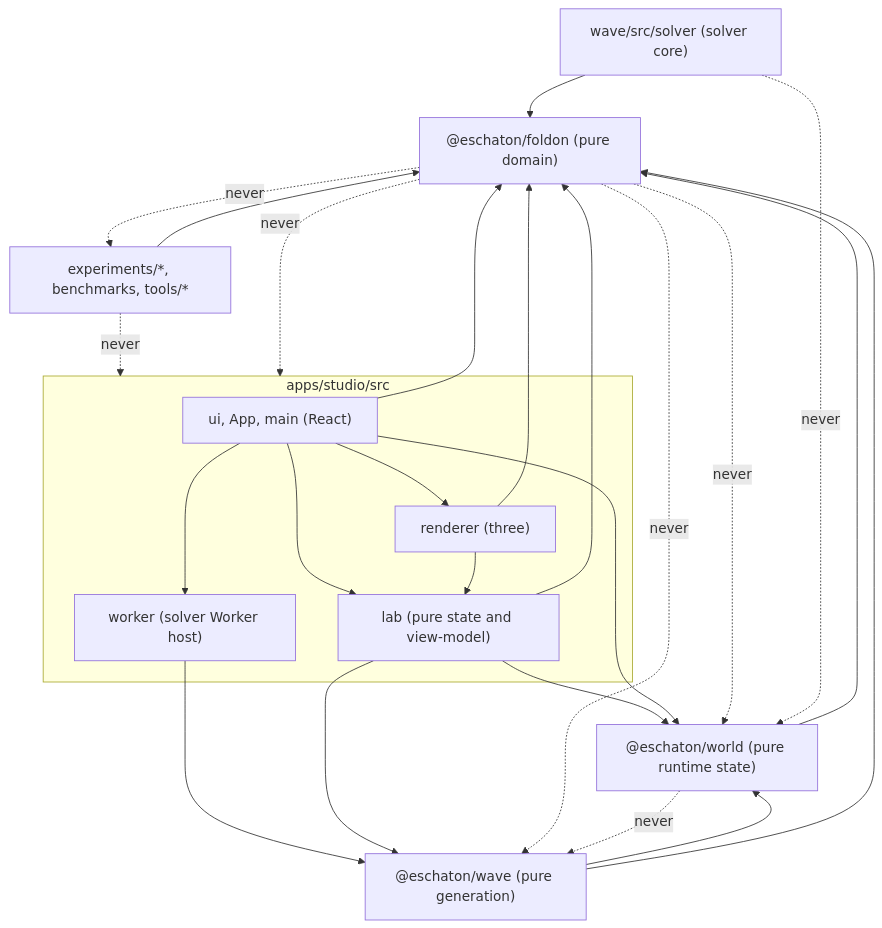
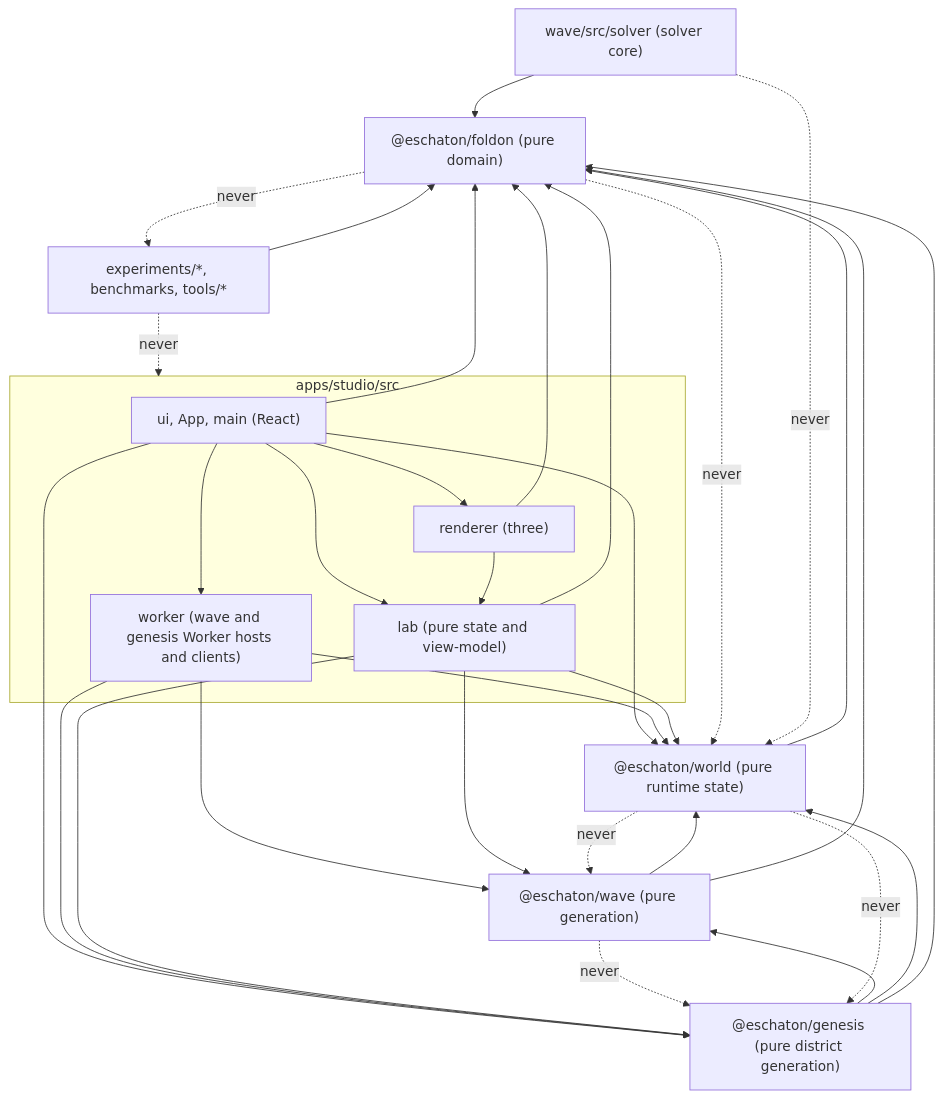
One commit to cuongtranba/eschaton changed the first of 4 diagrams in docs/architecture/overview.md. Above: the diagram before and after it, drawn with Mermaid. The commit also changed other lines of this file and 3 other files, not shown here.

First line of the commit message:
Docs: synchronise the architecture overview with the merged Genesis implementation

````diff
--- a/docs/architecture/overview.md
+++ b/docs/architecture/overview.md
@@ -37,37 +38,45 @@
 ```mermaid
 flowchart TD
   F["@eschaton/foldon (pure domain)"]
   W["@eschaton/world (pure runtime state)"]
   V["@eschaton/wave (pure generation)"]
   SOL["wave/src/solver (solver core)"]
+  G["@eschaton/genesis (pure district generation)"]
   subgraph STUDIO["apps/studio/src"]
     UI["ui, App, main (React)"]
     R["renderer (three)"]
     L["lab (pure state and view-model)"]
-    WK["worker (solver Worker host)"]
+    WK["worker (wave and genesis Worker hosts and clients)"]
   end
   X["experiments/*, benchmarks, tools/*"]
   UI --> R
   UI --> L
   UI --> WK
+  UI --> G
+  UI --> W
+  UI --> F
   R --> L
+  R --> F
+  WK --> G
   WK --> V
+  WK --> W
+  L --> G
   L --> V
-  UI --> F
-  R --> F
+  L --> W
   L --> F
-  L --> W
-  UI --> W
   X --> F
-  W --> F
+  G --> V
+  G --> W
+  G --> F
   V --> W
   V --> F
+  W --> F
   SOL --> F
   F -. "never" .-> W
-  F -. "never" .-> V
   W -. "never" .-> V
+  V -. "never" .-> G
+  W -. "never" .-> G
   SOL -. "never" .-> W
   X -. "never" .-> STUDIO
-  F -. "never" .-> STUDIO
   F -. "never" .-> X
 ```
````
